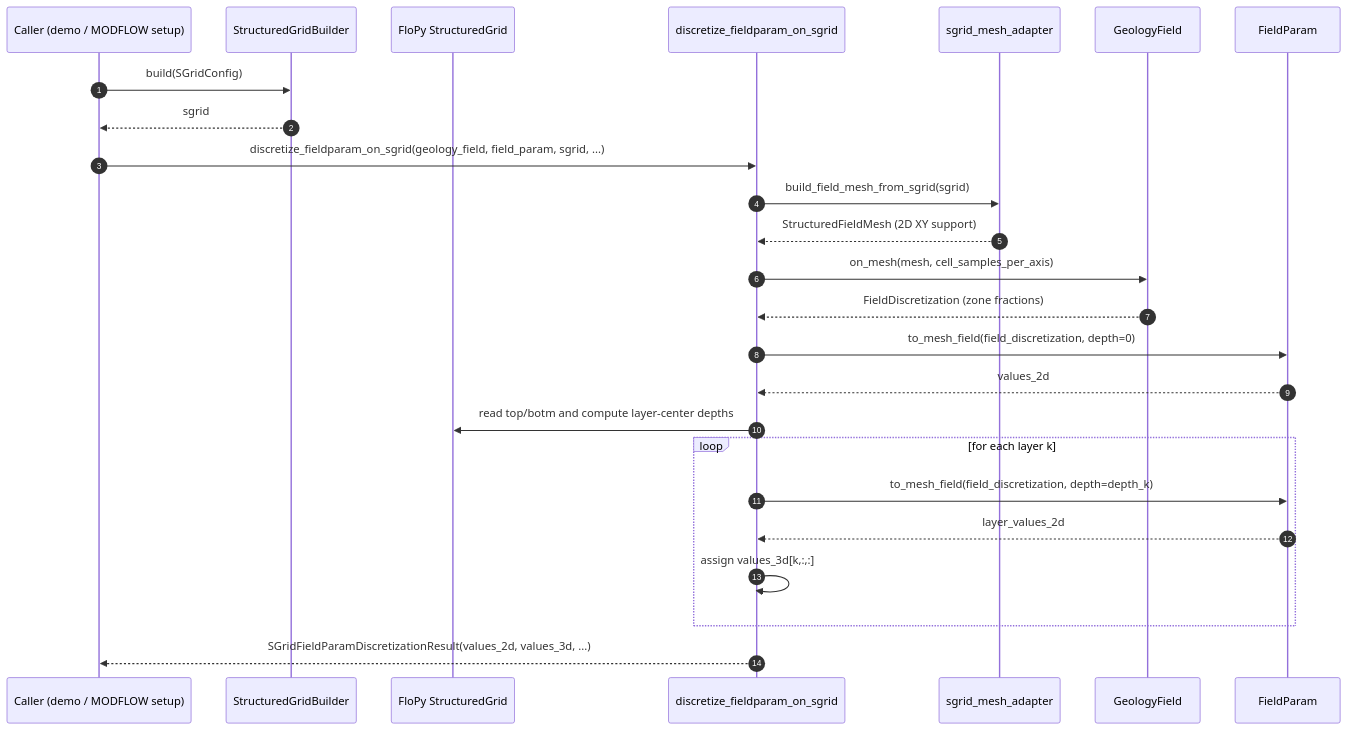
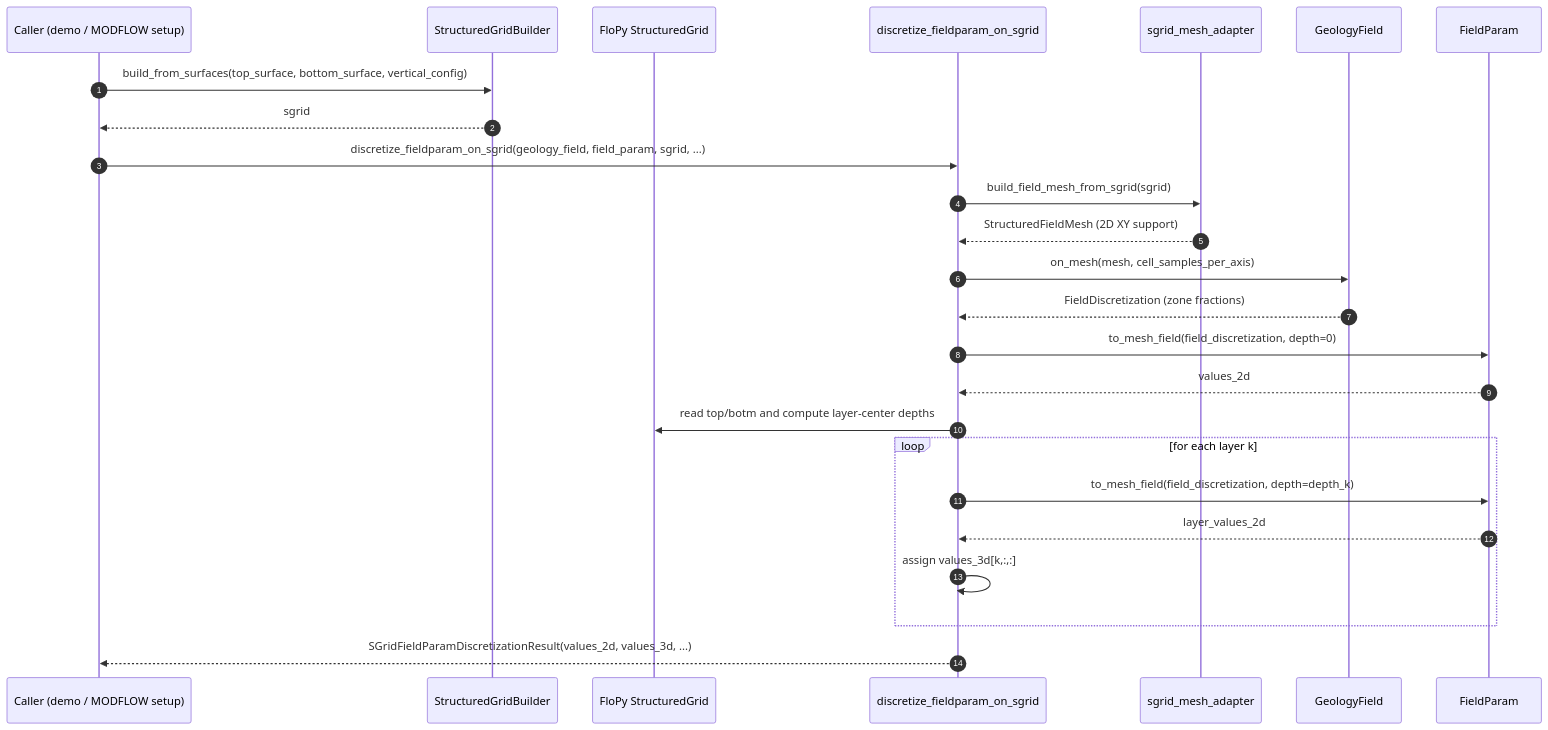
Before and after one commit to HydroModPy/HydroModPy: the third of 3 diagrams in hydromodpy/solver/utils/mesh/cartesian_grid/README.md, drawn with Mermaid. The commit also changed other lines of this file and 50 other files, not shown here.

````diff
--- a/hydromodpy/solver/utils/mesh/cartesian_grid/README.md
+++ b/hydromodpy/solver/utils/mesh/cartesian_grid/README.md
@@ -230,28 +228,28 @@
 ```mermaid
 sequenceDiagram
     autonumber
     participant U as Caller (demo / MODFLOW setup)
     participant B as StructuredGridBuilder
     participant SG as FloPy StructuredGrid
     participant AD as discretize_fieldparam_on_sgrid
     participant MA as sgrid_mesh_adapter
     participant GF as GeologyField
     participant FP as FieldParam
 
-    U->>B: build(SGridConfig)
+    U->>B: build_from_surfaces(top_surface, bottom_surface, vertical_config)
     B-->>U: sgrid
     U->>AD: discretize_fieldparam_on_sgrid(geology_field, field_param, sgrid, ...)
     AD->>MA: build_field_mesh_from_sgrid(sgrid)
     MA-->>AD: StructuredFieldMesh (2D XY support)
     AD->>GF: on_mesh(mesh, cell_samples_per_axis)
     GF-->>AD: FieldDiscretization (zone fractions)
     AD->>FP: to_mesh_field(field_discretization, depth=0)
     FP-->>AD: values_2d
     AD->>SG: read top/botm and compute layer-center depths
     loop for each layer k
         AD->>FP: to_mesh_field(field_discretization, depth=depth_k)
         FP-->>AD: layer_values_2d
         AD->>AD: assign values_3d[k,:,:]
     end
     AD-->>U: SGridFieldParamDiscretizationResult(values_2d, values_3d, ...)
 ```
````
